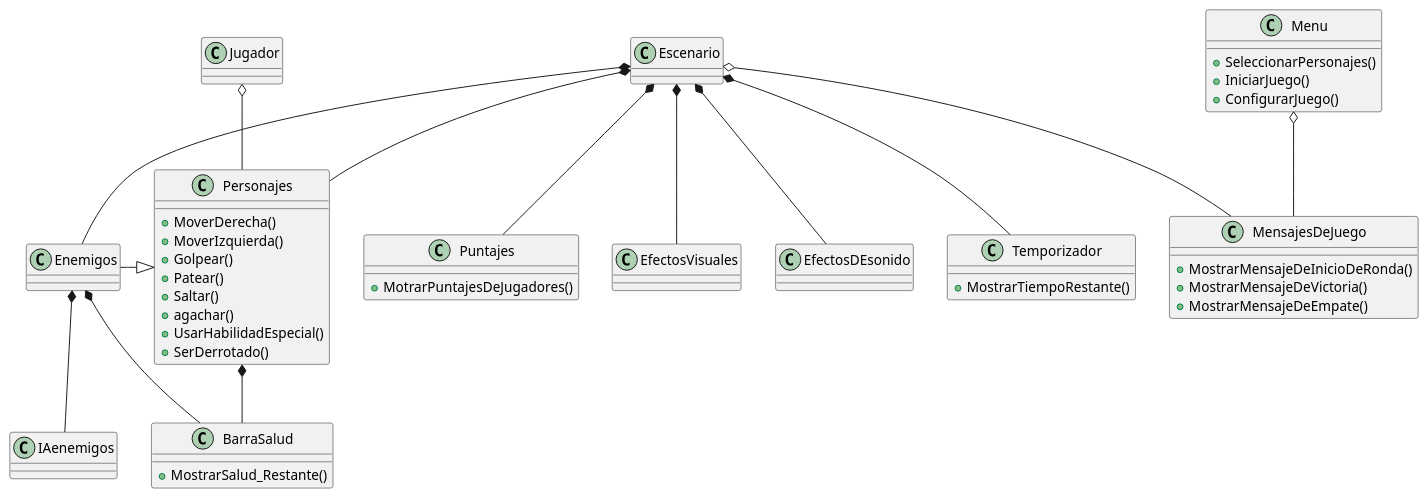
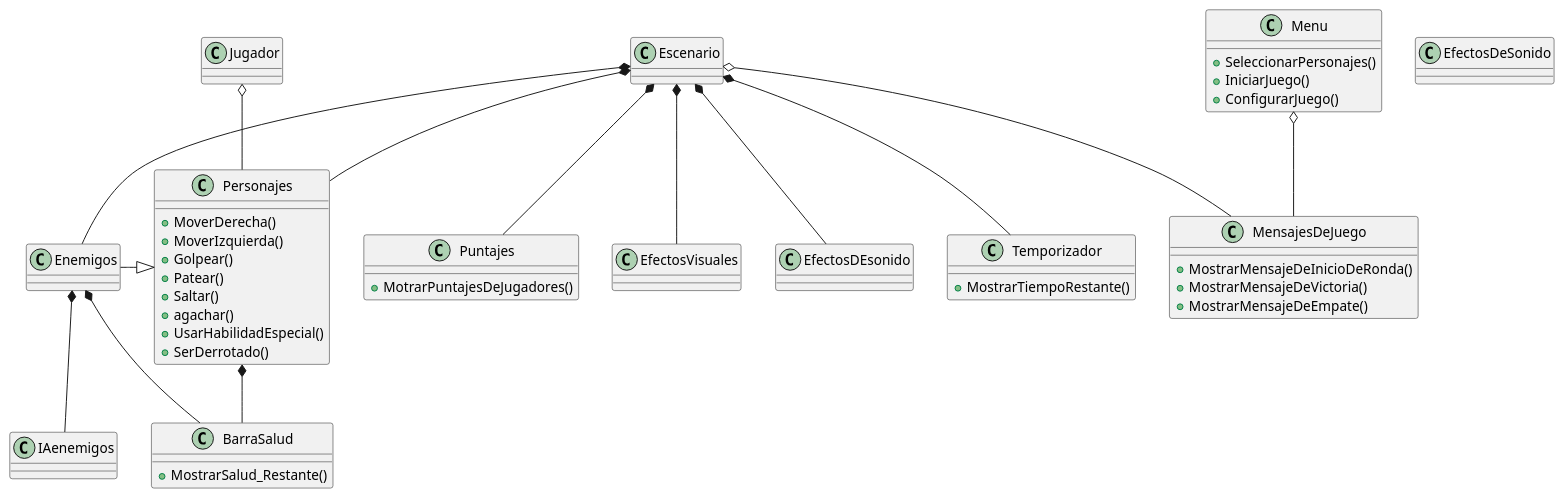
Before and after one commit to JuanManuel-bit/Proyecto_Tekken: the diagram in docs/diagrama.puml, drawn with PlantUML. The commit also changed 12 other files, not shown here.

```diff
--- a/docs/diagrama.puml
+++ b/docs/diagrama.puml
@@ -1,57 +1,57 @@
 @startuml Tekken
 class Jugador
 class Personajes{
     + MoverDerecha()
     + MoverIzquierda()
     + Golpear()
     + Patear()
     + Saltar()
     + agachar()
     + UsarHabilidadEspecial()
     + SerDerrotado()
 }
  
 class Enemigos
 class Escenario
 class BarraSalud{
     + MostrarSalud_Restante()
 }
 
 class Temporizador{
     + MostrarTiempoRestante()
 }
 
 class Puntajes{
     + MotrarPuntajesDeJugadores()
 }
 
 class IAenemigos
 class EfectosVisuales
-class EfectosDEsonido
+class EfectosDeSonido
 class Menu{
     + SeleccionarPersonajes()
     + IniciarJuego()
     + ConfigurarJuego()
 }
 
 class MensajesDeJuego{
     + MostrarMensajeDeInicioDeRonda()
     + MostrarMensajeDeVictoria()
     + MostrarMensajeDeEmpate()
 }
 
 Enemigos -|> Personajes
 
 Jugador o-- Personajes
 Personajes *-- BarraSalud
 Enemigos *-- BarraSalud
 Enemigos *-- IAenemigos
 Escenario *-- Personajes
 Escenario *-- Enemigos
 Escenario *-- Temporizador
 Escenario *-- Puntajes
 Escenario *-- EfectosVisuales
 Escenario *-- EfectosDEsonido
 Escenario o-- MensajesDeJuego
 Menu o-- MensajesDeJuego
 @enduml
```
